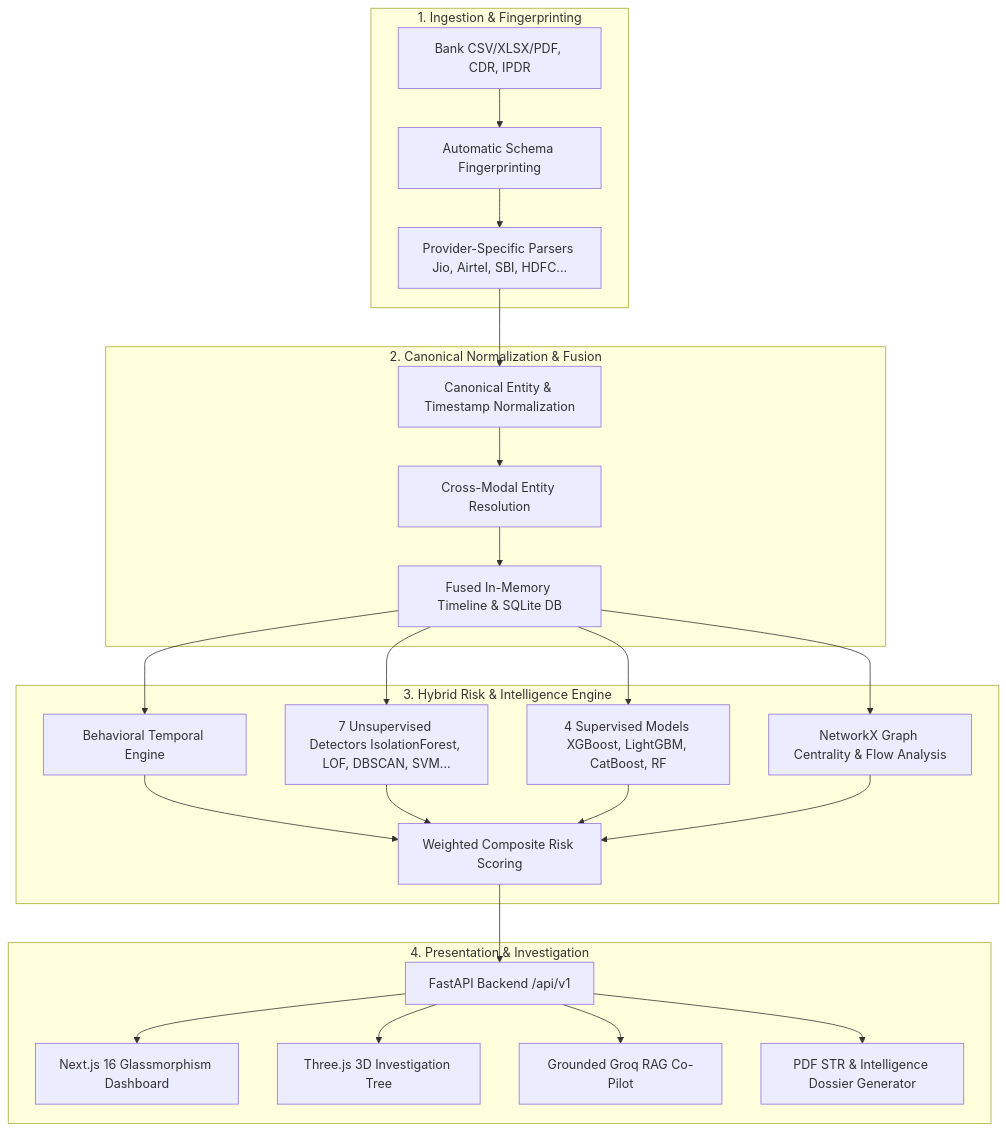
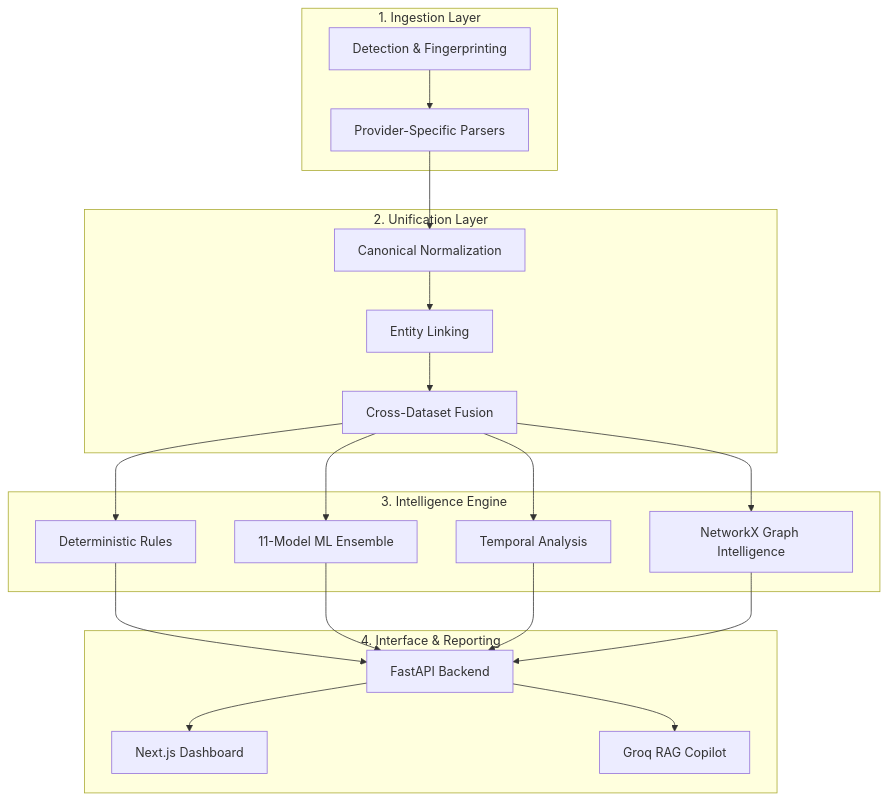
The diagram in README.md (ayushmanbhatt07/Trinetra-Forensics-AI-BANK-CDR-IPDR-FUSION-ANALYZER), drawn with Mermaid before and after one commit. The commit also changed other lines of this file and 54 other files, not shown here.

````diff
--- a/README.md
+++ b/README.md
@@ -71,29 +146,42 @@
 ```mermaid
 graph TD
-    subgraph 1. Ingestion & Fingerprinting
-        RawFiles[Bank CSV/XLSX/PDF, CDR, IPDR] --> Detect[Automatic Schema Fingerprinting]
-        Detect --> Parsers[Provider-Specific Parsers Jio, Airtel, SBI, HDFC...]
+    subgraph 1. Ingestion Layer
+        Detect[Detection & Fingerprinting]
+        Provider[Provider-Specific Parsers]
     end
 
-    subgraph 2. Canonical Normalization & Fusion
-        Parsers --> Norm[Canonical Entity & Timestamp Normalization]
-        Norm --> Linking[Cross-Modal Entity Resolution]
-        Linking --> Fused[Fused In-Memory Timeline & SQLite DB]
+    subgraph 2. Unification Layer
+        Norm[Canonical Normalization]
+        Link[Entity Linking]
+        Fuse[Cross-Dataset Fusion]
     end
 
-    subgraph 3. Hybrid Risk & Intelligence Engine
-        Fused --> Beh[Behavioral Temporal Engine]
-        Fused --> ML7[7 Unsupervised Detectors IsolationForest, LOF, DBSCAN, SVM...]
-        Fused --> ML4[4 Supervised Models XGBoost, LightGBM, CatBoost, RF]
-        Fused --> NetX[NetworkX Graph Centrality & Flow Analysis]
-        Beh & ML7 & ML4 & NetX --> Ensemble[Weighted Composite Risk Scoring]
+    subgraph 3. Intelligence Engine
+        Rules[Deterministic Rules]
+        ML[11-Model ML Ensemble]
+        Time[Temporal Analysis]
+        GraphInt[NetworkX Graph Intelligence]
     end
 
-    subgraph 4. Presentation & Investigation
-        Ensemble --> API[FastAPI Backend /api/v1]
-        API --> Dashboard[Next.js 16 Glassmorphism Dashboard]
-        API --> Tree3D[Three.js 3D Investigation Tree]
-        API --> Copilot[Grounded Groq RAG Co-Pilot]
-        API --> Dossier[PDF STR & Intelligence Dossier Generator]
+    subgraph 4. Interface & Reporting
+        FastAPI[FastAPI Backend]
+        UI[Next.js Dashboard]
+        Copilot[Groq RAG Copilot]
     end
+
+    Detect --> Provider
+    Provider --> Norm
+    
+    Norm --> Link
+    Link --> Fuse
+    
+    Fuse --> Rules
+    Fuse --> ML
+    Fuse --> Time
+    Fuse --> GraphInt
+    
+    Rules & ML & Time & GraphInt --> FastAPI
+    
+    FastAPI --> UI
+    FastAPI --> Copilot
 ```
````
